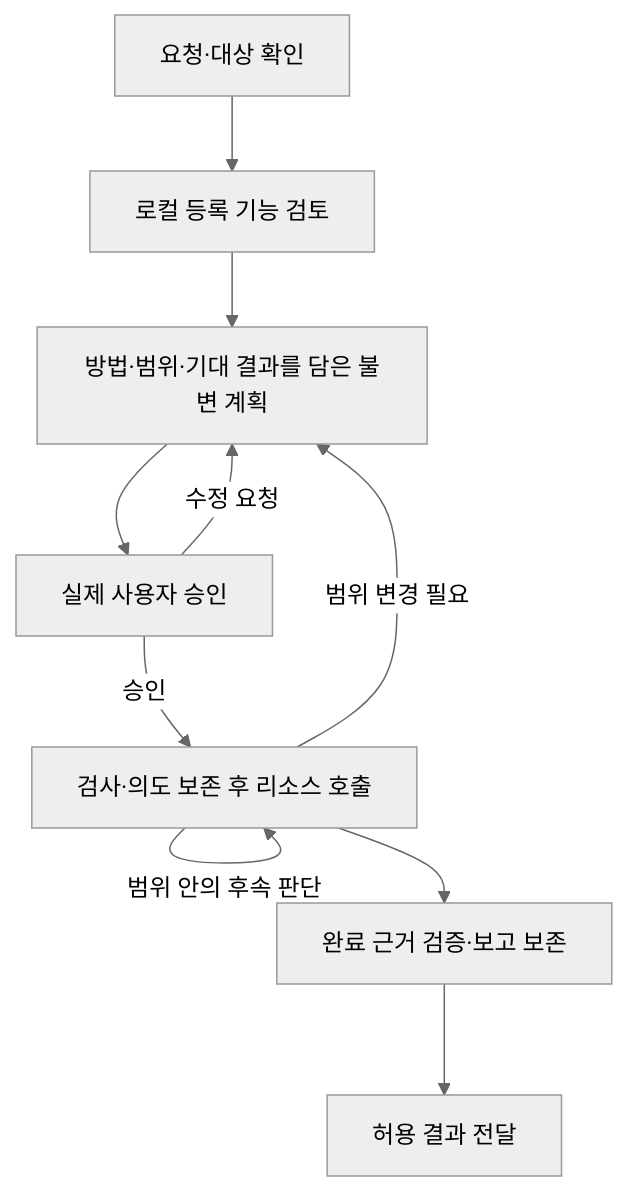
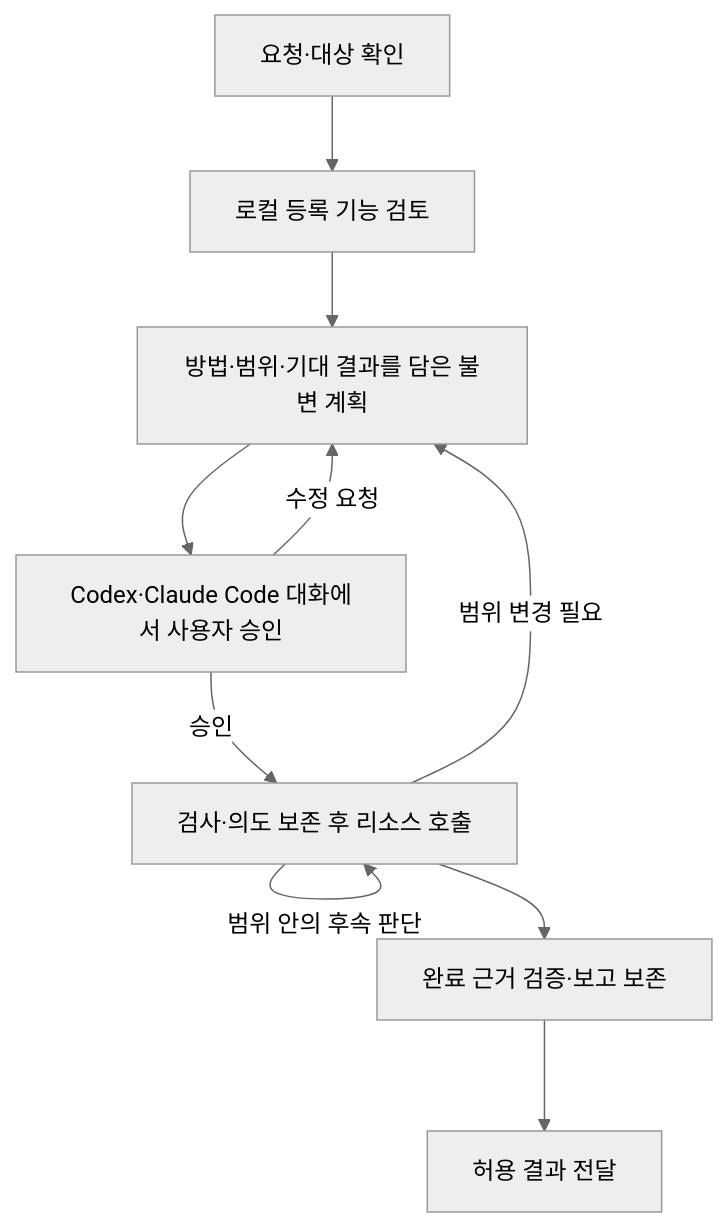
The diagram in docs/spec/tasks/workflow.md (VVoodyHong/DAERI), drawn with Mermaid (neutral theme) before and after one commit. The commit also changed other lines of this file and 17 other files, not shown here.

````diff
--- a/docs/spec/tasks/workflow.md
+++ b/docs/spec/tasks/workflow.md
@@ -11,12 +15,12 @@
 ```mermaid
 flowchart TD
     A[요청·대상 확인] --> B[로컬 등록 기능 검토]
     B --> C[방법·범위·기대 결과를 담은 불변 계획]
-    C --> D[실제 사용자 승인]
+    C --> D[Codex·Claude Code 대화에서 사용자 승인]
     D -->|승인| E[검사·의도 보존 후 리소스 호출]
     D -->|수정 요청| C
     E -->|범위 안의 후속 판단| E
     E -->|범위 변경 필요| C
     E --> F[완료 근거 검증·보고 보존]
     F --> G[허용 결과 전달]
 ```
````
